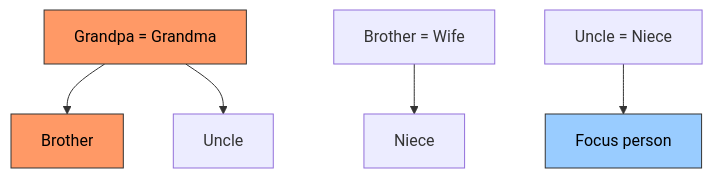
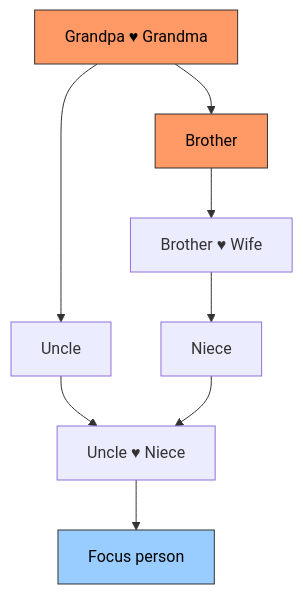
Before and after one commit to san650/ancestry: the tenth of 13 diagrams in lib/ancestry/people/CLAUDE.md, drawn with Mermaid. The commit also changed other lines of this file, not shown here.

Commit message:
Improve the graphs

````diff
--- a/lib/ancestry/people/CLAUDE.md
+++ b/lib/ancestry/people/CLAUDE.md
@@ -277,14 +292,15 @@
 ```mermaid
-graph TD
-    GP["Grandpa = Grandma"]
+flowchart TD
+    GP["Grandpa ♥ Grandma"]
     GP --> Brother["Brother"]
     GP --> Uncle
-    PW["Brother = Wife"]
+    Brother --> PW["Brother ♥ Wife"]
     PW --> Niece
-    MN["Uncle = Niece"]
+    Uncle --> MN["Uncle ♥ Niece"]
+    Niece --> MN
     MN --> Focus["Focus person"]
 
     style GP fill:#f96,stroke:#333,color:#000
     style Brother fill:#f96,stroke:#333,color:#000
     style Focus fill:#9cf,stroke:#333,color:#000
 ```
````
